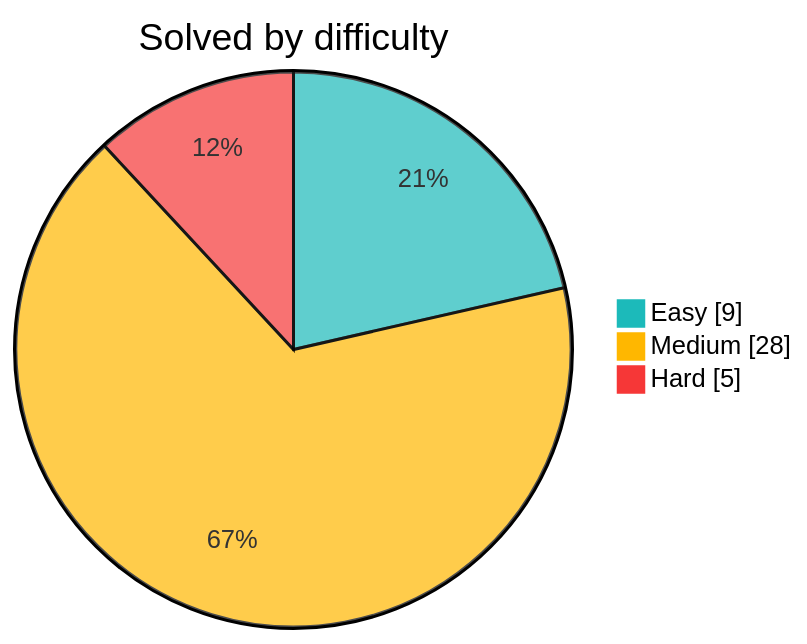
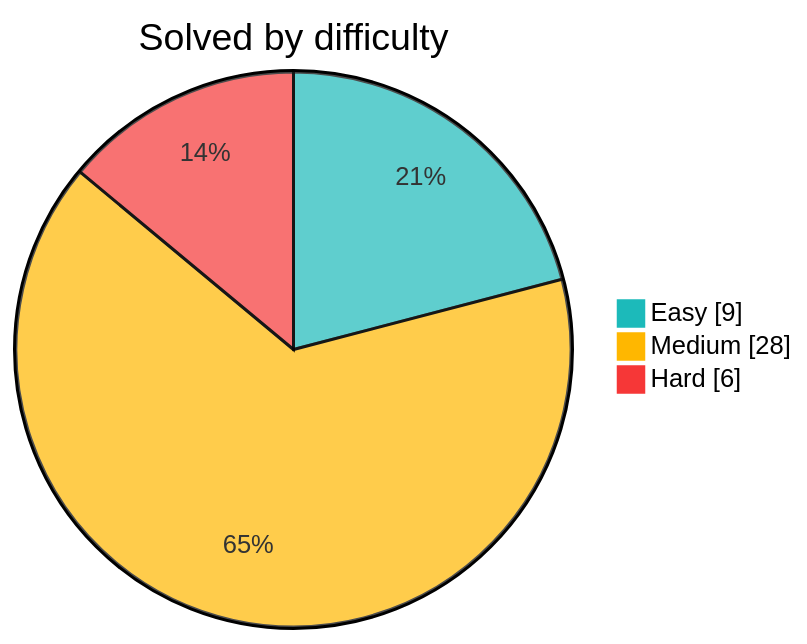
Before and after one commit to Sekler09/algorithms: the diagram in README.md, drawn with Mermaid. The commit also changed other lines of this file and 3 other files, not shown here.

````diff
--- a/README.md
+++ b/README.md
@@ -9,8 +9,8 @@
 ```mermaid
 %%{init: {"themeVariables": {"pie1": "#1cbaba", "pie2": "#ffb700", "pie3": "#f63737"}}}%%
 pie showData
     title Solved by difficulty
     "Easy" : 9
     "Medium" : 28
-    "Hard" : 5
+    "Hard" : 6
 ```
````
